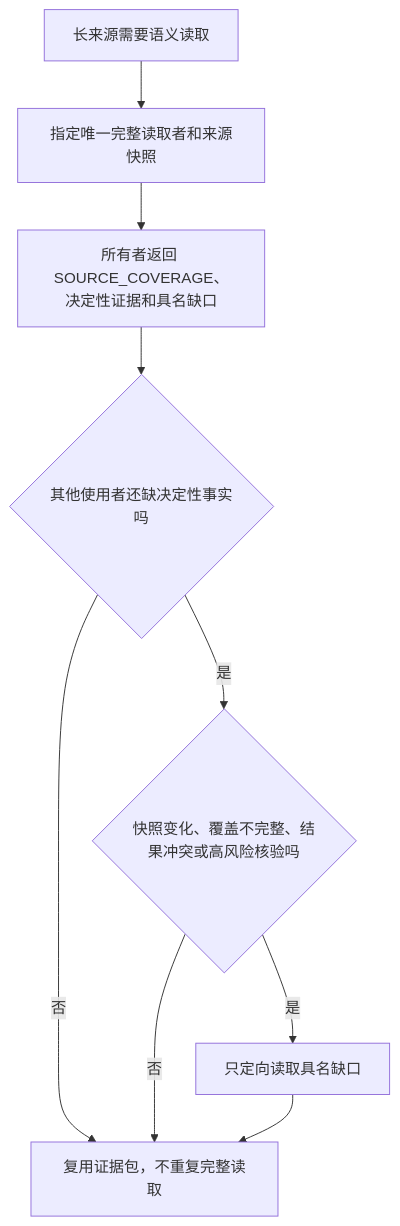
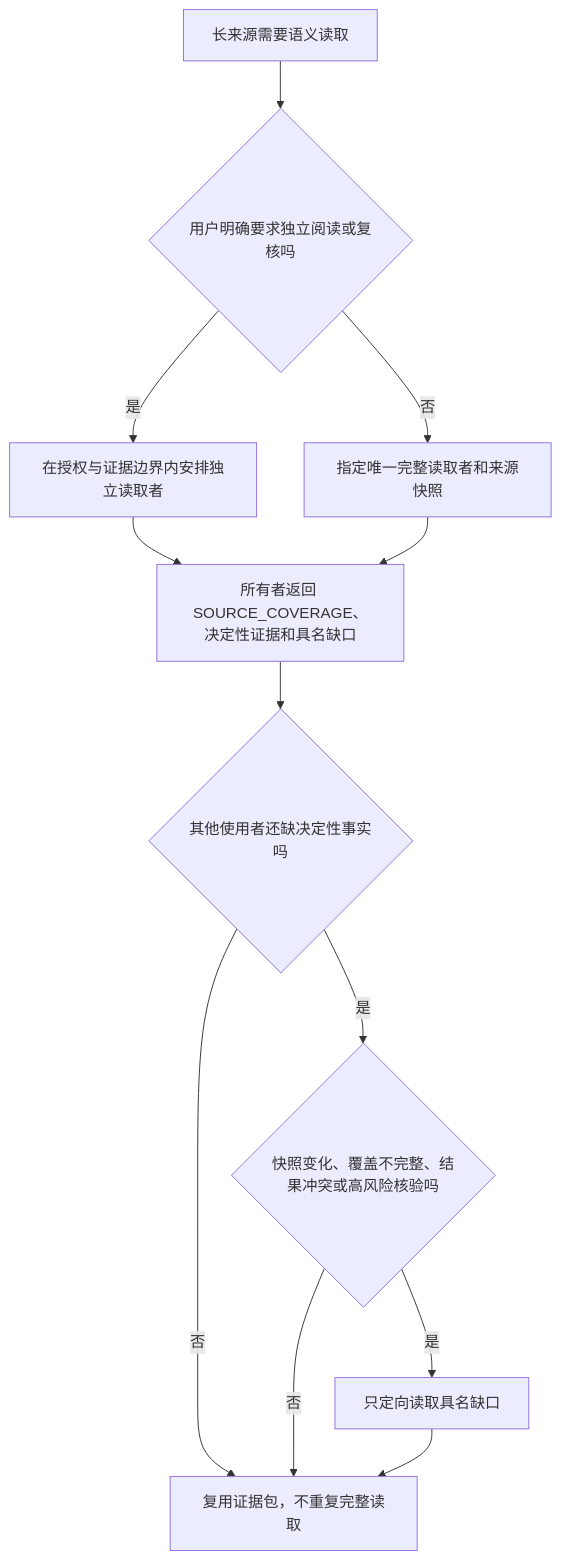
The sixth of 17 diagrams in skills/lean-stack/references/flowcharts-zh.md (Lang45/codex-lean-stack), drawn with Mermaid before and after one commit. The commit also changed other lines of this file and 22 other files, not shown here.

````diff
--- a/skills/lean-stack/references/flowcharts-zh.md
+++ b/skills/lean-stack/references/flowcharts-zh.md
@@ -149,11 +177,14 @@
 ```mermaid
 flowchart TD
-    A[长来源需要语义读取] --> B[指定唯一完整读取者和来源快照]
+    A[长来源需要语义读取] --> U{用户明确要求独立阅读或复核吗}
+    U -->|是| V[在授权与证据边界内安排独立读取者]
+    V --> C[所有者返回 SOURCE_COVERAGE、决定性证据和具名缺口]
+    U -->|否| B[指定唯一完整读取者和来源快照]
     B --> C[所有者返回 SOURCE_COVERAGE、决定性证据和具名缺口]
     C --> D{其他使用者还缺决定性事实吗}
     D -->|否| E[复用证据包，不重复完整读取]
     D -->|是| F{快照变化、覆盖不完整、结果冲突或高风险核验吗}
     F -->|否| E
     F -->|是| G[只定向读取具名缺口]
     G --> E
 ```
````
